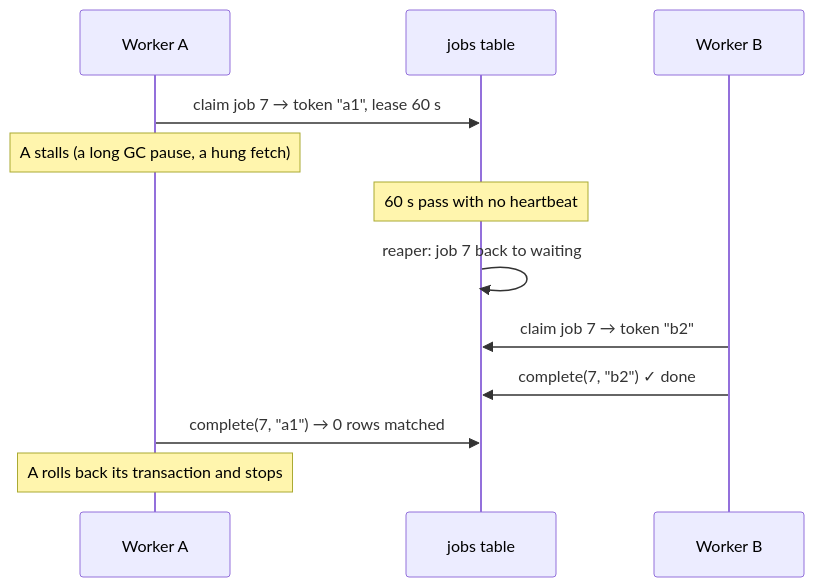
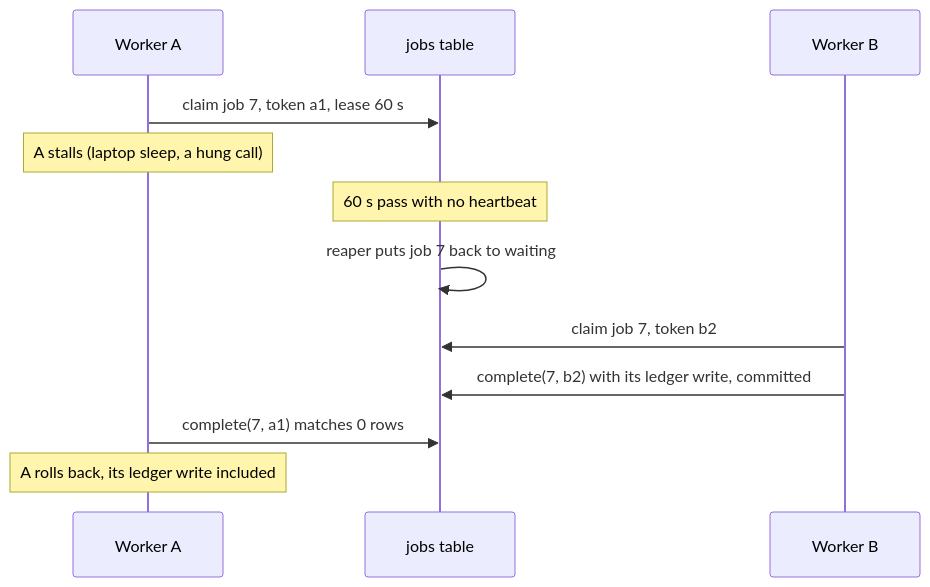
Before and after one commit to lalitkarthik/webhook-sync: the second of 3 diagrams in docs/design/queue.md, drawn with Mermaid. The commit also changed other lines of this file and 23 other files, not shown here.

````diff
--- a/docs/design/queue.md
+++ b/docs/design/queue.md
@@ -76,14 +84,14 @@
 ```mermaid
 sequenceDiagram
   participant A as Worker A
   participant D as jobs table
   participant B as Worker B
-  A->>D: claim job 7 → token "a1", lease 60 s
-  Note over A: A stalls (a long GC pause, a hung fetch)
+  A->>D: claim job 7, token a1, lease 60 s
+  Note over A: A stalls (laptop sleep, a hung call)
   Note over D: 60 s pass with no heartbeat
-  D->>D: reaper: job 7 back to waiting
-  B->>D: claim job 7 → token "b2"
-  B->>D: complete(7, "b2") ✓ done
-  A->>D: complete(7, "a1") → 0 rows matched
-  Note over A: A rolls back its transaction and stops
+  D->>D: reaper puts job 7 back to waiting
+  B->>D: claim job 7, token b2
+  B->>D: complete(7, b2) with its ledger write, committed
+  A->>D: complete(7, a1) matches 0 rows
+  Note over A: A rolls back, its ledger write included
 ```
````
